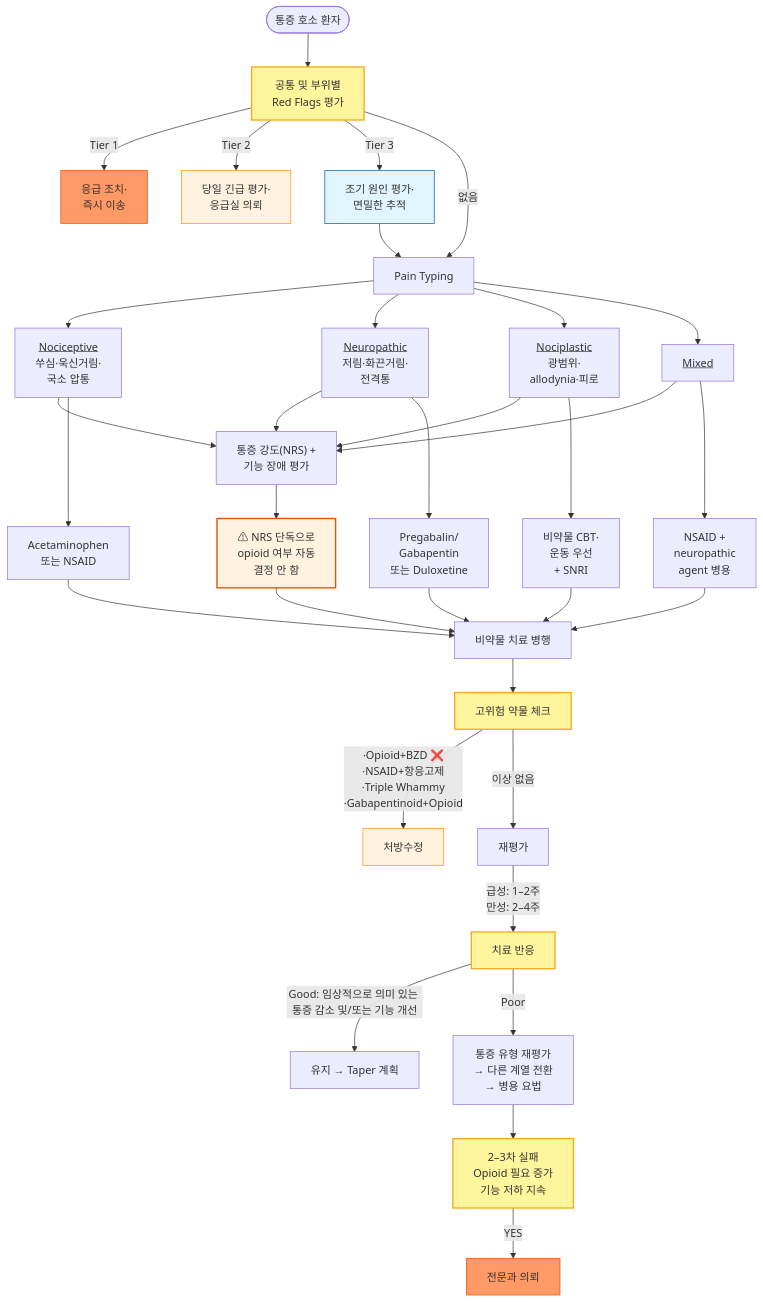
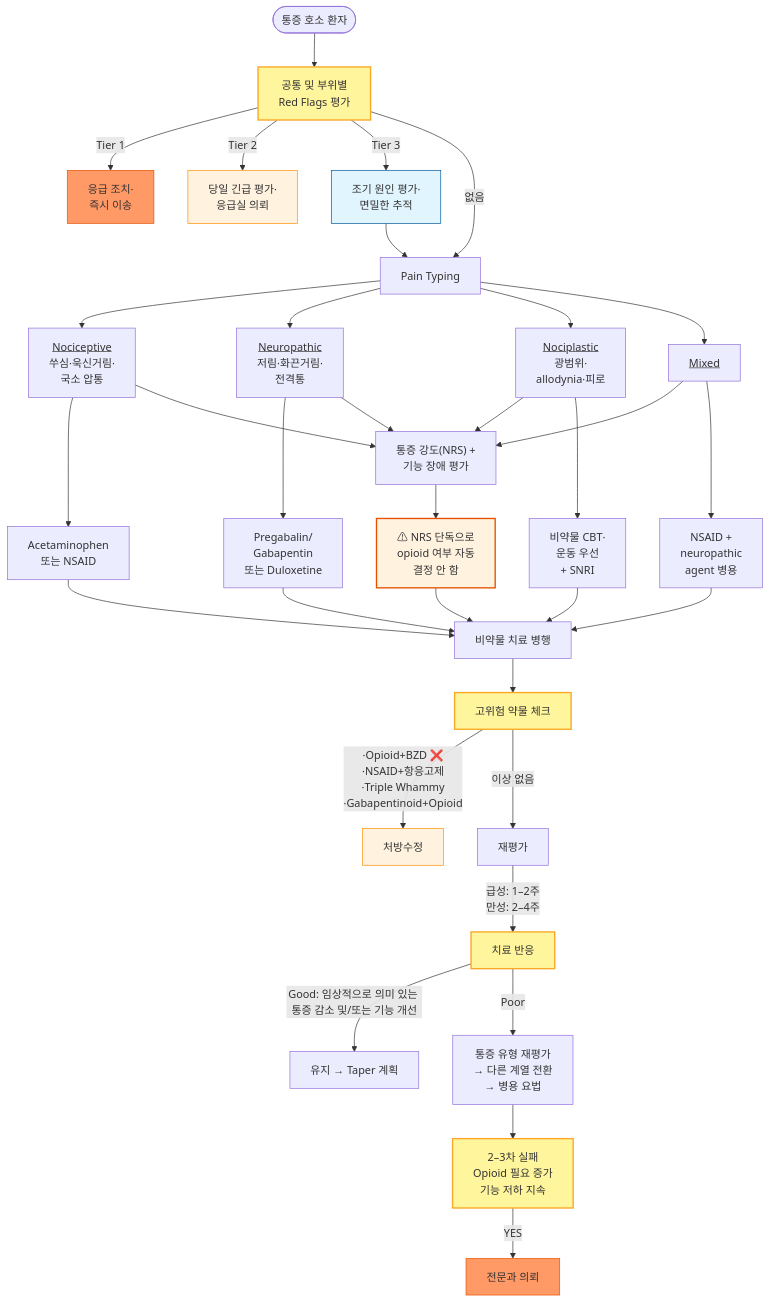
The first of 2 diagrams in 220_/001_-pain.md (familyoh77/familyoh77), drawn with Mermaid before and after one commit. The commit also changed other lines of this file, not shown here.

````diff
--- a/220_/001_-pain.md
+++ b/220_/001_-pain.md
@@ -152,39 +152,38 @@
 ```mermaid
 flowchart TD
     A([통증 호소 환자]) --> B[공통 및 부위별\nRed Flags 평가]
     B -->|Tier 1| C[응급 조치·\n즉시 이송]
     B -->|Tier 2| C2[당일 긴급 평가·\n응급실 의뢰]
     B -->|Tier 3| C3[조기 원인 평가·\n면밀한 추적]
     B -->|없음| D[Pain Typing]
     C3 --> D
     D --> D1[<u>Nociceptive</u>\n쑤심·욱신거림·\n국소 압통]
     D --> D2[<u>Neuropathic</u>\n저림·화끈거림·\n전격통]
     D --> D3[<u>Nociplastic</u>\n광범위·\nallodynia·피로]
     D --> D4[<u>Mixed</u>]
+    D1 --> F1[Acetaminophen \n또는 NSAID]
+    D2 --> G1[Pregabalin/\nGabapentin\n또는 Duloxetine]
     D1 & D2 & D3 & D4 --> E["통증 강도(NRS) +\n 기능 장애 평가"]
     E --> E0["⚠ NRS 단독으로 \nopioid 여부 자동 \n결정 안 함"]
-    D1 --> F1[Acetaminophen \n또는 NSAID]
-    D2 --> G1[Pregabalin/\nGabapentin\n또는 Duloxetine]
     D3 --> G2[비약물 CBT·\n운동 우선\n+ SNRI]
     D4 --> F2[NSAID +\nneuropathic \nagent 병용]
     E0 & F1 & G1 & G2 & F2 --> H[비약물 치료 병행]
     H --> I[고위험 약물 체크]
     I --> |"·Opioid+BZD ❌\n·NSAID+항응고제\n·Triple Whammy\n·Gabapentinoid+Opioid"| J[처방수정]
     I -->|"이상 없음"| K[재평가]
-
     K -->|급성: 1–2주\n만성: 2–4주| L[치료 반응]
     L -->|Good: 임상적으로 의미 있는 통증 감소 및/또는 기능 개선| M[유지 → Taper 계획]
     L -->|Poor| N[통증 유형 재평가\n→ 다른 계열 전환\n→ 병용 요법]
     N --> O[2–3차 실패\nOpioid 필요 증가\n기능 저하 지속]
     O -->|YES| P[전문과 의뢰]
     style C fill:#f96,stroke:#e65100
     style C2 fill:#fff3e0,stroke:#ff8f00
     style C3 fill:#e1f5fe,stroke:#01579b
     style P fill:#f96,stroke:#e65100
     style J fill:#fff3e0,stroke:#ff8f00
     style E0 fill:#fff3e0,stroke:#e65100,stroke-width:2px
     style B fill:#fff59d,stroke:#f9a825,stroke-width:2px
     style I fill:#fff59d,stroke:#f9a825,stroke-width:2px
     style L fill:#fff59d,stroke:#f9a825,stroke-width:2px
     style O fill:#fff59d,stroke:#f9a825,stroke-width:2px
 ```
````
